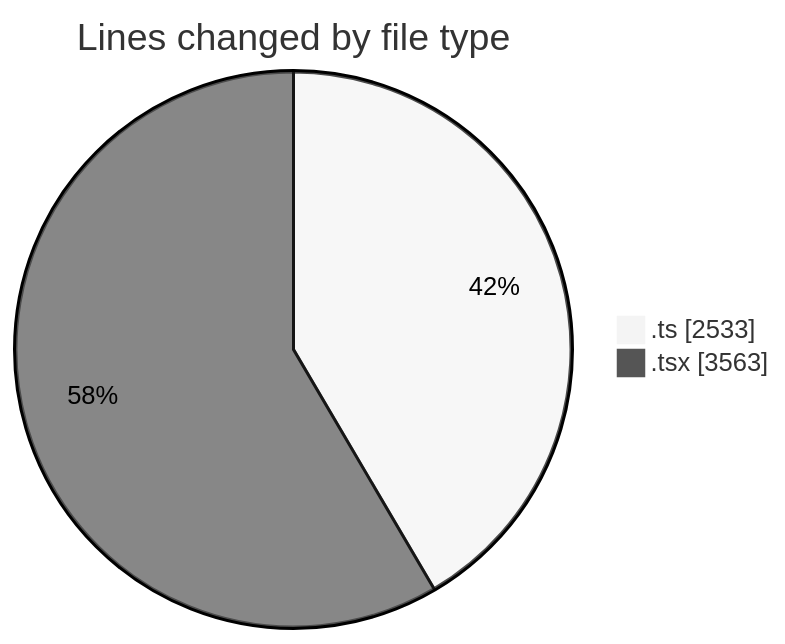
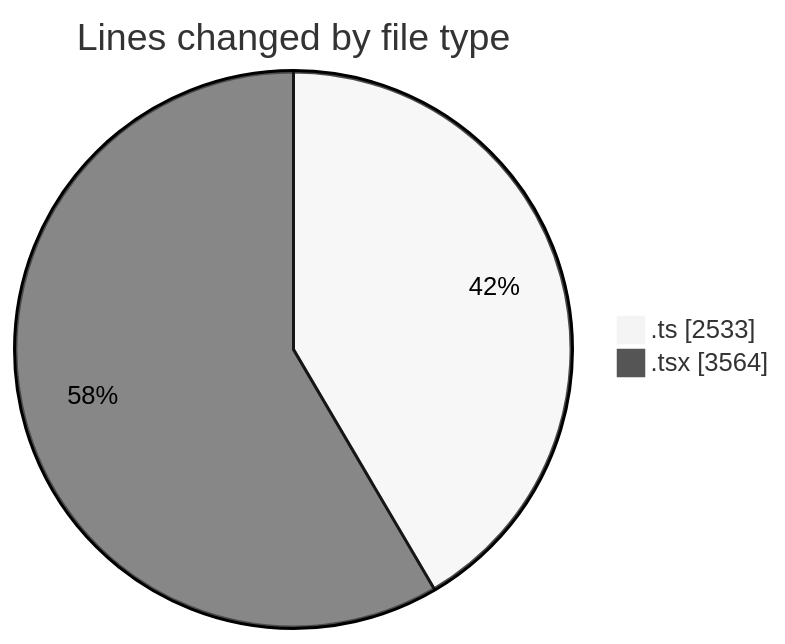
Before and after one commit to momahboobian/code-tracking: the first of 2 diagrams in 2025-07-01/cda/README.md, drawn with Mermaid (neutral theme). The commit also changed other lines of this file and 1 other file, not shown here.

````diff
--- a/2025-07-01/cda/README.md
+++ b/2025-07-01/cda/README.md
@@ -36,6 +37,6 @@
 ```mermaid
 pie showData
 title Lines changed by file type
 ".ts" : 2533
-".tsx" : 3563
+".tsx" : 3564
 ```
````
